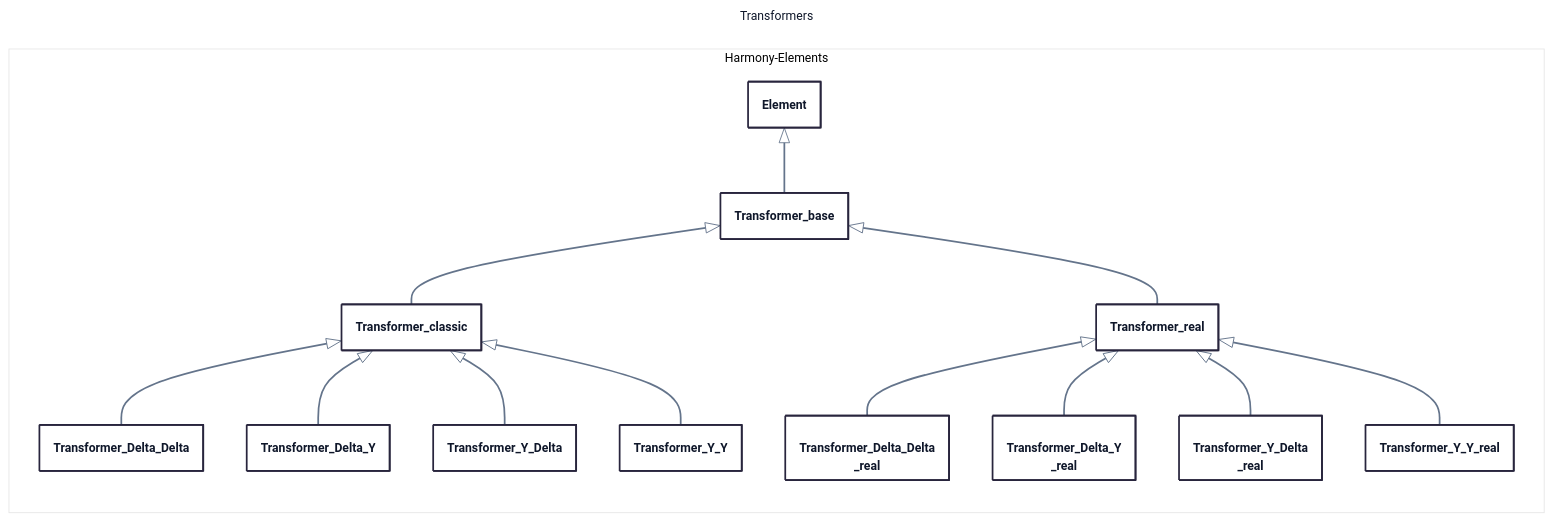
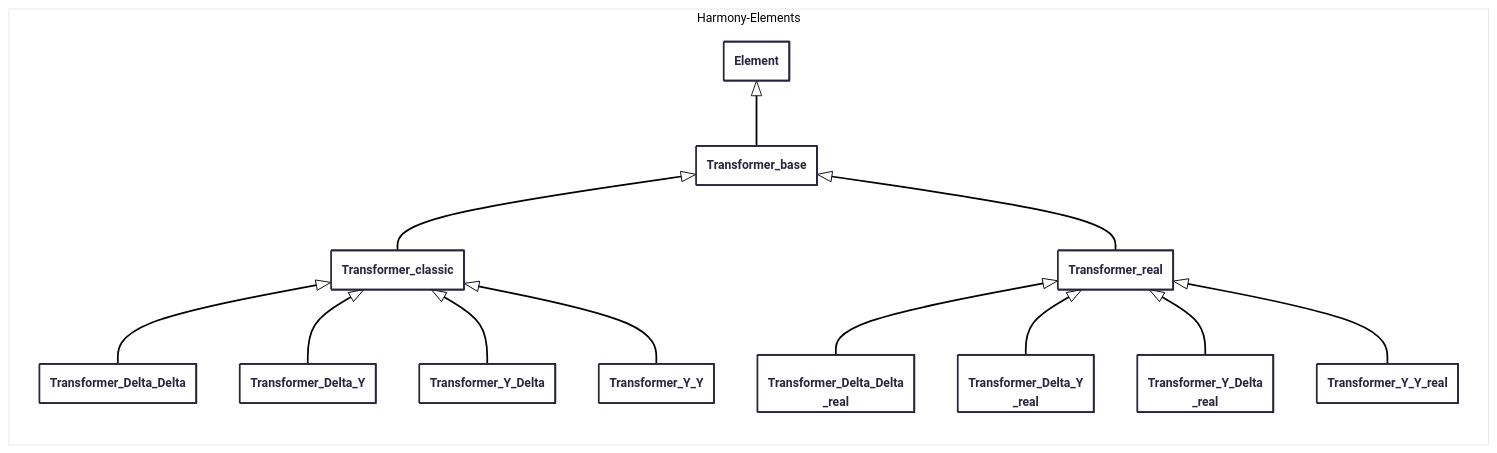
One commit to yiquintero/tmp changed the third of 11 diagrams in class_diagram.md. Above: the diagram before and after it, drawn with Mermaid. The commit also changed other lines of this file, not shown here.

First line of the commit message:
Simplify mermaid diagram configurations

````diff
--- a/class_diagram.md
+++ b/class_diagram.md
@@ -111,47 +95,39 @@
 ```mermaid
 ---
-title: Transformers
 config:
   theme: redux-color
-  themeVariables:
-    fontFamily: Segoe UI, -apple-system, BlinkMacSystemFont, sans-serif
-    lineColor: "#64748B"
-    primaryTextColor: "#0F172A"
-  flowchart:
-    wrappingWidth: 450
   class:
     hideEmptyMembersBox: true
-    padding: 16
 ---
 classDiagram
   direction LR
 
   namespace Harmony-Elements {
     class Element {}
   }
 
 namespace Harmony-Elements {
     class Transformer_base
     class Transformer_classic
     class Transformer_real
     class Transformer_Delta_Delta["Transformer_Delta_Delta"]
     class Transformer_Delta_Delta_real["Transformer_Delta_Delta<br/>_real"]
     class Transformer_Delta_Y["Transformer_Delta_Y"]
     class Transformer_Delta_Y_real["Transformer_Delta_Y<br/>_real"]
     class Transformer_Y_Delta["Transformer_Y_Delta"]
     class Transformer_Y_Delta_real["Transformer_Y_Delta<br/>_real"]
     class Transformer_Y_Y["Transformer_Y_Y"]
     class Transformer_Y_Y_real["Transformer_Y_Y_real"]
   }
   Element <|-- Transformer_base
   Transformer_base <|-- Transformer_classic
   Transformer_base <|-- Transformer_real
   Transformer_classic <|-- Transformer_Delta_Delta
   Transformer_classic <|-- Transformer_Delta_Y
   Transformer_classic <|-- Transformer_Y_Delta
   Transformer_classic <|-- Transformer_Y_Y
   Transformer_real <|-- Transformer_Delta_Delta_real
   Transformer_real <|-- Transformer_Delta_Y_real
   Transformer_real <|-- Transformer_Y_Delta_real
   Transformer_real <|-- Transformer_Y_Y_real
 ```
````
